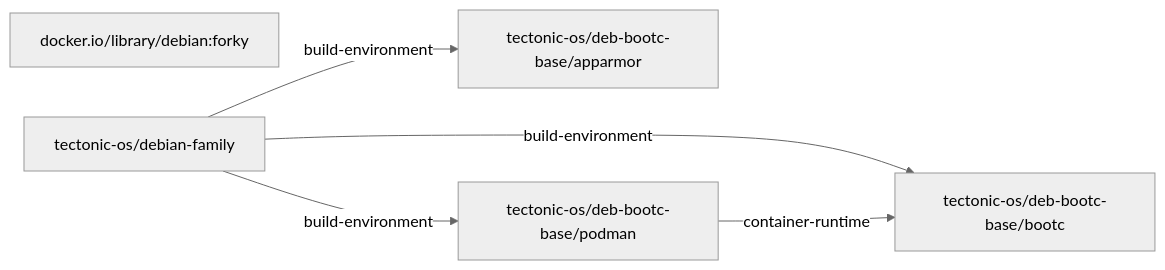
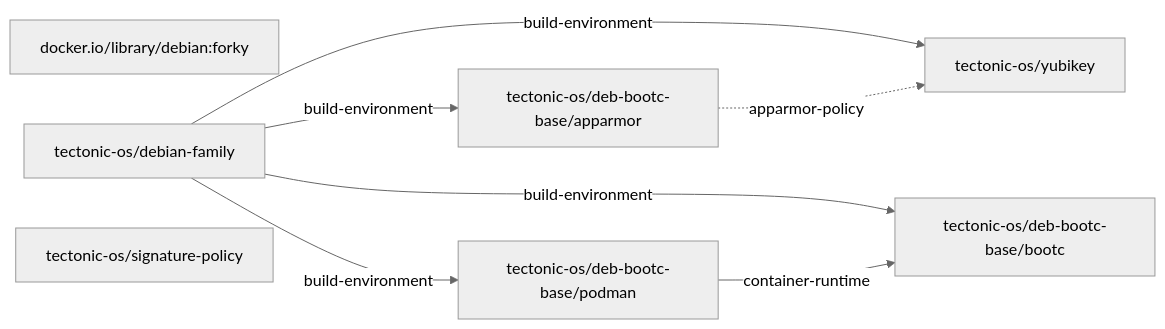
The diagram in generated/debian-bootc/graph.md (tectonic-os/proving-ground), drawn with Mermaid (neutral theme) before and after one commit. The commit also changed other lines of this file and 8 other files, not shown here.

Commit message:
add yubikey and the signature policy that enforces the updates

````diff
--- a/generated/debian-bootc/graph.md
+++ b/generated/debian-bootc/graph.md
@@ -9,12 +9,16 @@
 ```mermaid
 graph LR
     base["docker.io/library/debian:forky"]
     m0["tectonic-os/debian-family"]
     m1["tectonic-os/deb-bootc-base/apparmor"]
     m2["tectonic-os/deb-bootc-base/podman"]
     m3["tectonic-os/deb-bootc-base/bootc"]
+    m4["tectonic-os/yubikey"]
+    m5["tectonic-os/signature-policy"]
     m0 -->|"build-environment"| m1
     m0 -->|"build-environment"| m2
     m0 -->|"build-environment"| m3
+    m0 -->|"build-environment"| m4
+    m1 -.->|"apparmor-policy"| m4
     m2 -->|"container-runtime"| m3
 ```
````
